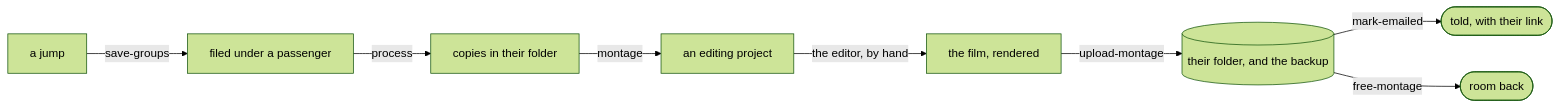
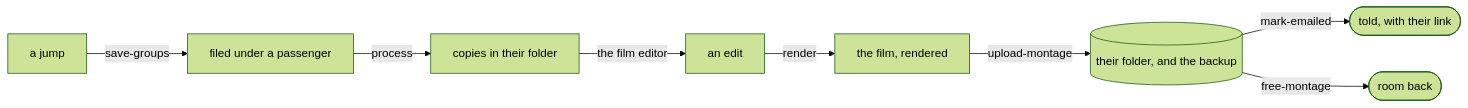
One commit to didiercapozzi/skydock changed the third of 4 diagrams in docs/the-board-from-the-inside.md. Above: the diagram before and after it, drawn with Mermaid (forest theme). The commit also changed other lines of this file and 122 other files, not shown here.

````diff
--- a/docs/the-board-from-the-inside.md
+++ b/docs/the-board-from-the-inside.md
@@ -49,10 +49,10 @@
 ```mermaid
 flowchart LR
   jump[a jump] -->|save-groups| pax[filed under a passenger]
   pax -->|process| copies[copies in their folder]
-  copies -->|montage| project[an editing project]
-  project -->|the editor, by hand| film["the film, rendered"]
+  copies -->|the film editor| edit[an edit]
+  edit -->|render| film["the film, rendered"]
   film -->|upload-montage| storage[("their folder, and the backup")]
   storage -->|mark-emailed| told(["told, with their link"])
   storage -->|free-montage| room([room back])
 ```
````
